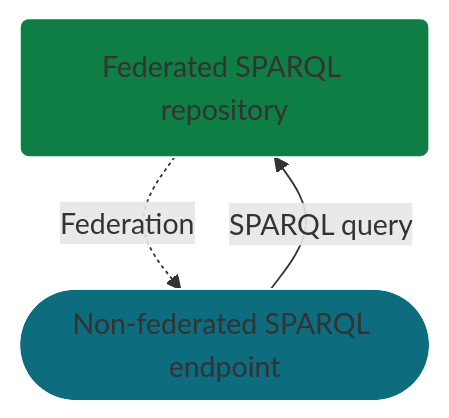
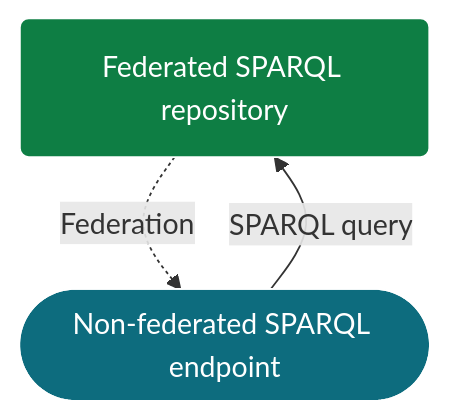
Before and after one commit to TheWorldAvatar/stack: the second of 2 diagrams in stack-manager/README.md, drawn with Mermaid. The commit also changed other lines of this file, not shown here.

Commit message:
16-create-outgoing-federated-pre-stack: Updated the Mermaid diagrams in the Stack Manager README to use style classes and white text on the darker backgrounds.

````diff
--- a/stack-manager/README.md
+++ b/stack-manager/README.md
@@ -372,11 +363,13 @@
 ```mermaid
 graph TB
-    fed("Federated SPARQL repository")
-    non_fed(["Non-federated SPARQL endpoint"])
+    classDef fed fill:#0e7e44, stroke:#ffffff, color:#fff
+    
+    classDef nonfed fill:#0d6c7e, stroke:#ffffff, color:#fff
+
+    fed("Federated SPARQL repository"):::fed
+    non_fed(["Non-federated SPARQL endpoint"]):::nonfed
 
     fed -."Federation".-> non_fed
     non_fed --"SPARQL query"--> fed
 
-    style fed fill:#0e7e44, stroke:#ffffff
-    style non_fed fill:#0d6c7e, stroke:#ffffff
 ```
````
